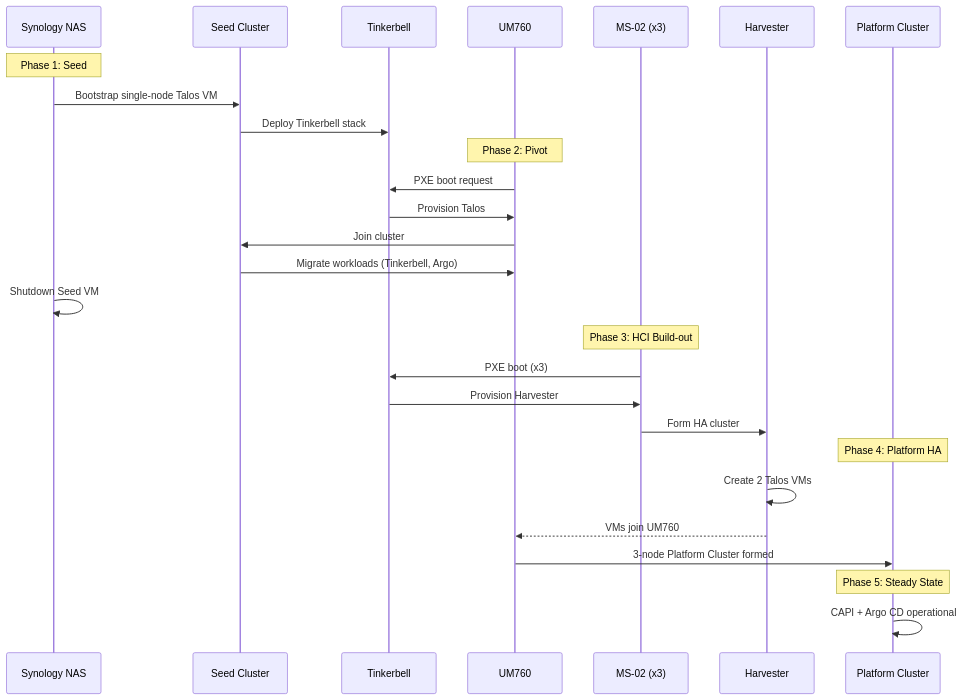
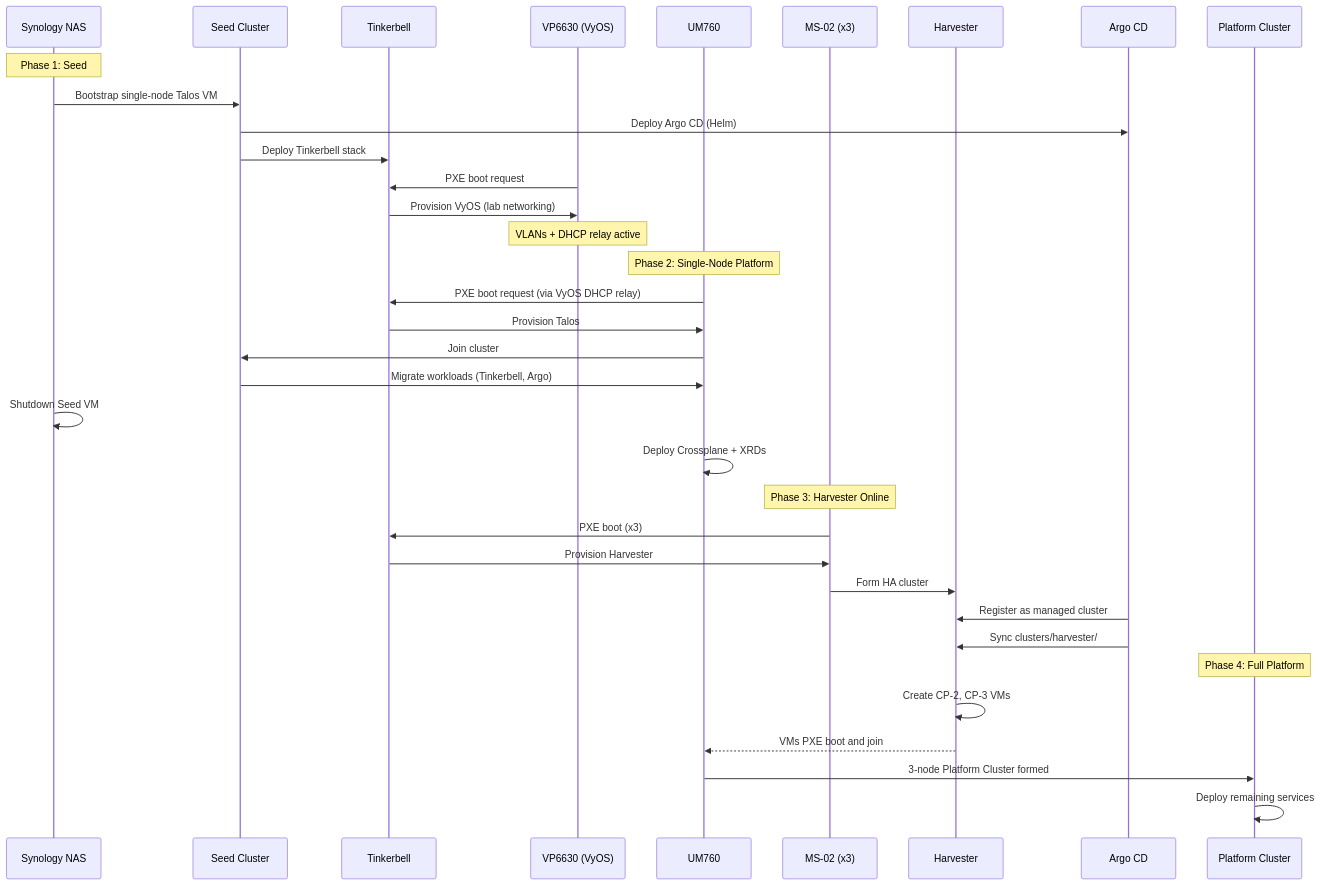
One commit to GilmanLab/lab changed the first of 5 diagrams in docs/architecture/06_runtime_view.md. Above: the diagram before and after it, drawn with Mermaid. The commit also changed other lines of this file and 14 other files, not shown here.

````diff
--- a/docs/architecture/06_runtime_view.md
+++ b/docs/architecture/06_runtime_view.md
@@ -18,34 +18,41 @@
 ```mermaid
 sequenceDiagram
     participant NAS as Synology NAS
     participant Seed as Seed Cluster
     participant Tink as Tinkerbell
+    participant VyOS as VP6630 (VyOS)
     participant UM as UM760
     participant MS as MS-02 (x3)
     participant Harv as Harvester
+    participant Argo as Argo CD
     participant Plat as Platform Cluster
 
     Note over NAS: Phase 1: Seed
     NAS->>Seed: Bootstrap single-node Talos VM
+    Seed->>Argo: Deploy Argo CD (Helm)
     Seed->>Tink: Deploy Tinkerbell stack
+    VyOS->>Tink: PXE boot request
+    Tink->>VyOS: Provision VyOS (lab networking)
+    Note over VyOS: VLANs + DHCP relay active
 
-    Note over UM: Phase 2: Pivot
-    UM->>Tink: PXE boot request
+    Note over UM: Phase 2: Single-Node Platform
+    UM->>Tink: PXE boot request (via VyOS DHCP relay)
     Tink->>UM: Provision Talos
     UM->>Seed: Join cluster
     Seed->>UM: Migrate workloads (Tinkerbell, Argo)
     NAS->>NAS: Shutdown Seed VM
+    UM->>UM: Deploy Crossplane + XRDs
 
-    Note over MS: Phase 3: HCI Build-out
+    Note over MS: Phase 3: Harvester Online
     MS->>Tink: PXE boot (x3)
     Tink->>MS: Provision Harvester
     MS->>Harv: Form HA cluster
+    Argo->>Harv: Register as managed cluster
+    Argo->>Harv: Sync clusters/harvester/
 
-    Note over Plat: Phase 4: Platform HA
-    Harv->>Harv: Create 2 Talos VMs
-    Harv-->>UM: VMs join UM760
+    Note over Plat: Phase 4: Full Platform
+    Harv->>Harv: Create CP-2, CP-3 VMs
+    Harv-->>UM: VMs PXE boot and join
     UM->>Plat: 3-node Platform Cluster formed
-
-    Note over Plat: Phase 5: Steady State
-    Plat->>Plat: CAPI + Argo CD operational
+    Plat->>Plat: Deploy remaining services
 ```
````
